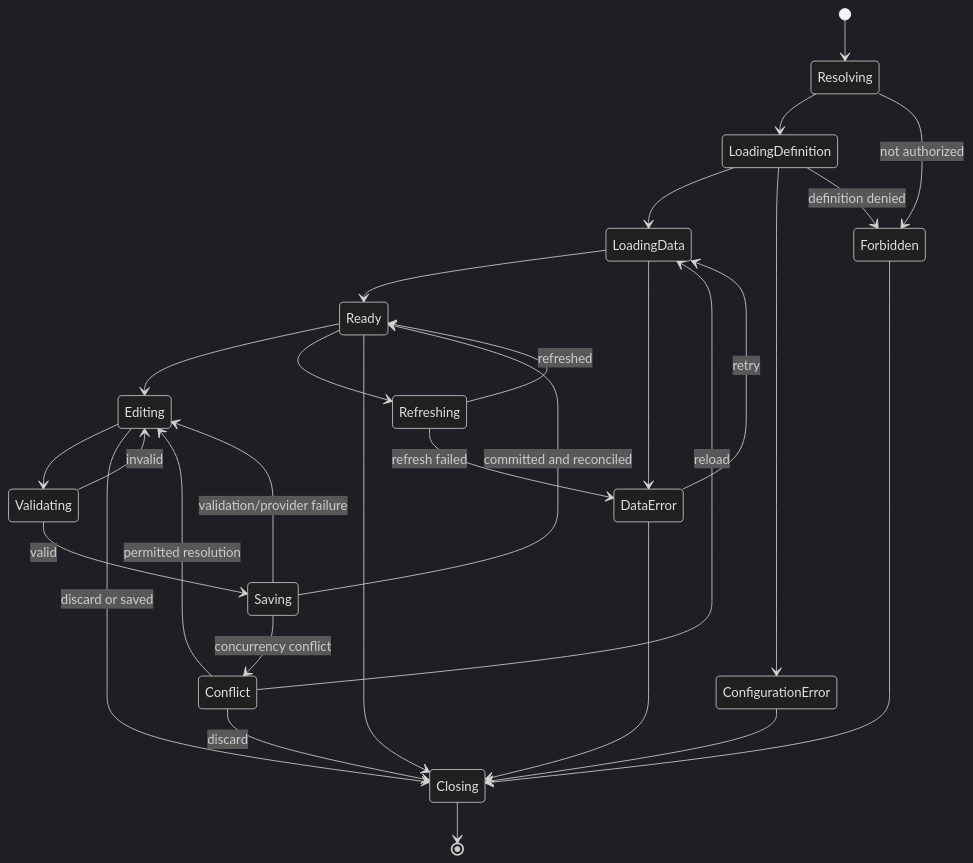
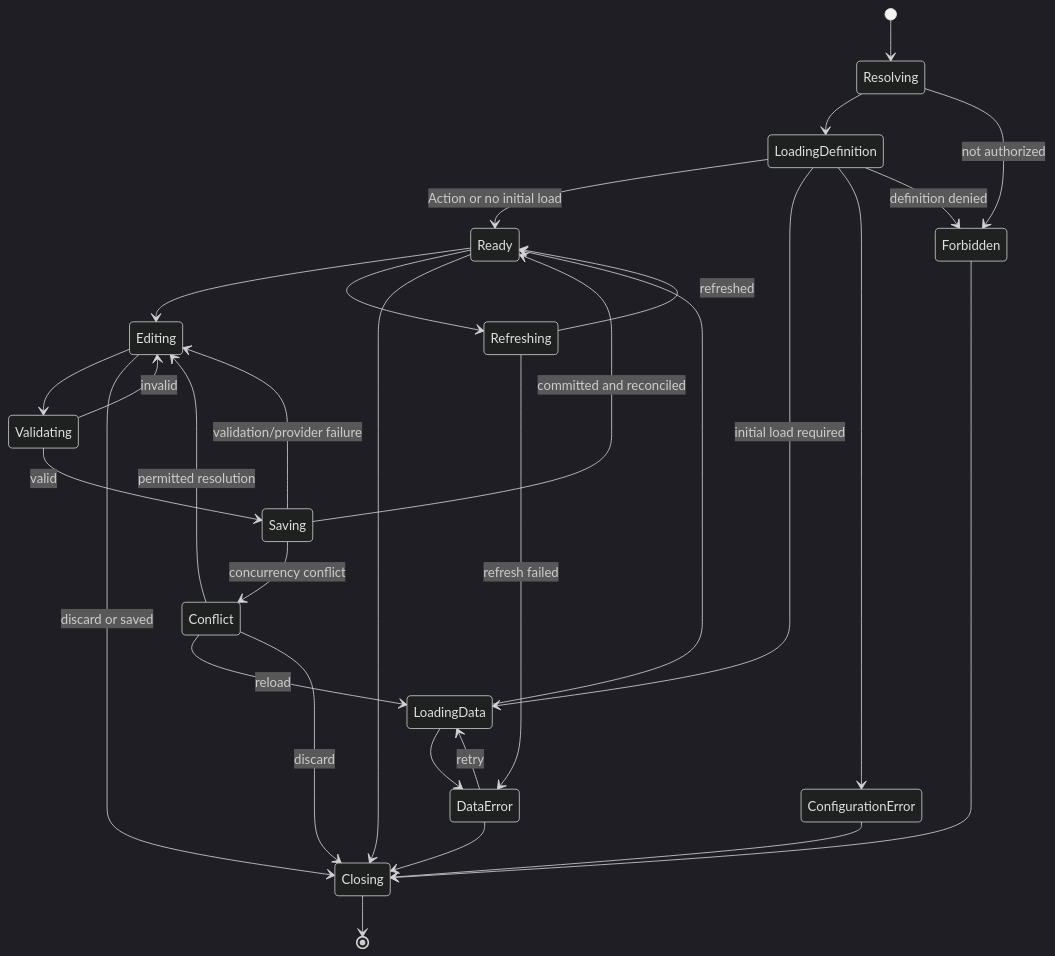
The third of 6 diagrams in docs/MODERN_WEB_SYSTEM_DESIGN.md (mraysmit/annper), drawn with Mermaid (dark theme) before and after one commit. The commit also changed other lines of this file and 5 other files, not shown here.

````diff
--- a/docs/MODERN_WEB_SYSTEM_DESIGN.md
+++ b/docs/MODERN_WEB_SYSTEM_DESIGN.md
@@ -424,31 +448,32 @@
 ```mermaid
 stateDiagram-v2
     [*] --> Resolving
     Resolving --> LoadingDefinition
     Resolving --> Forbidden: not authorized
-    LoadingDefinition --> LoadingData
+    LoadingDefinition --> Ready: Action or no initial load
+    LoadingDefinition --> LoadingData: initial load required
     LoadingDefinition --> ConfigurationError
     LoadingDefinition --> Forbidden: definition denied
     LoadingData --> Ready
     LoadingData --> DataError
     Ready --> Editing
     Ready --> Refreshing
     Refreshing --> Ready: refreshed
     Refreshing --> DataError: refresh failed
     Editing --> Validating
     Validating --> Editing: invalid
     Validating --> Saving: valid
     Saving --> Ready: committed and reconciled
     Saving --> Conflict: concurrency conflict
     Saving --> Editing: validation/provider failure
     Conflict --> LoadingData: reload
     Conflict --> Editing: permitted resolution
     Conflict --> Closing: discard
     Ready --> Closing
     Editing --> Closing: discard or saved
     ConfigurationError --> Closing
     Forbidden --> Closing
     DataError --> LoadingData: retry
     DataError --> Closing
     Closing --> [*]
 ```
````
